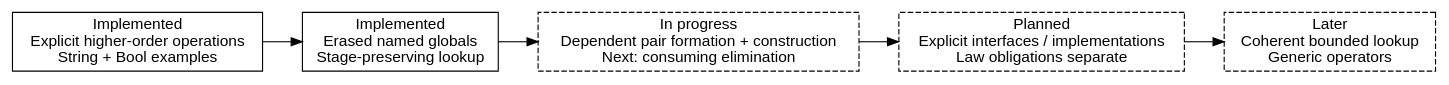
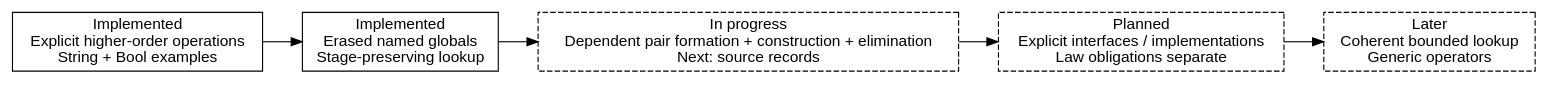
Before and after one commit to odunboye/fibril: the diagram in docs/diagrams/interfaces.dot, drawn with Graphviz. The commit also changed 20 other files, not shown here.

```diff
--- a/docs/diagrams/interfaces.dot
+++ b/docs/diagrams/interfaces.dot
@@ -1,10 +1,10 @@
 digraph interfaces {
   rankdir=LR;
   node [shape=box, fontname="sans-serif"];
   operations [label="Implemented\nExplicit higher-order operations\nString + Bool examples"];
   staging [label="Implemented\nErased named globals\nStage-preserving lookup"];
-  records [label="In progress\nDependent pair formation + construction\nNext: consuming elimination", style=dashed];
+  records [label="In progress\nDependent pair formation + construction + elimination\nNext: source records", style=dashed];
   explicit [label="Planned\nExplicit interfaces / implementations\nLaw obligations separate", style=dashed];
   search [label="Later\nCoherent bounded lookup\nGeneric operators", style=dashed];
   operations -> staging -> records -> explicit -> search;
 }
```
